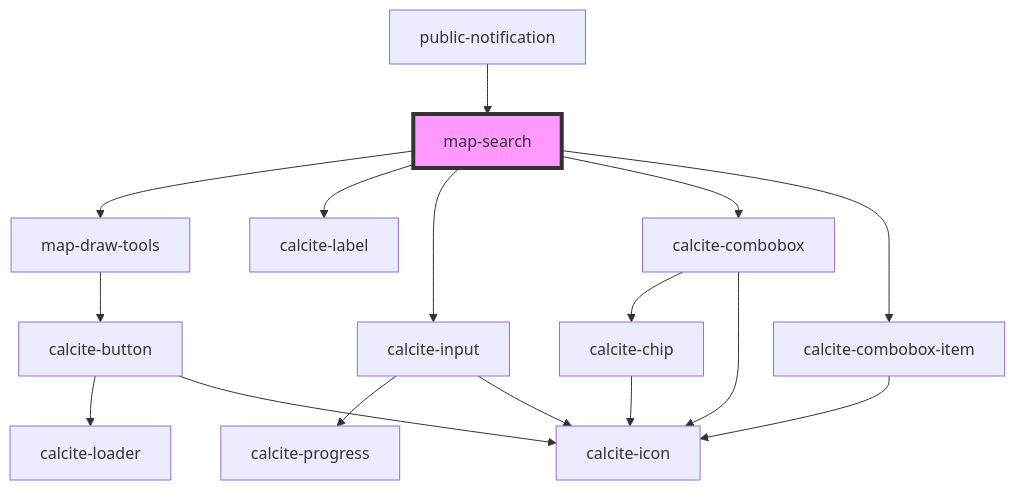
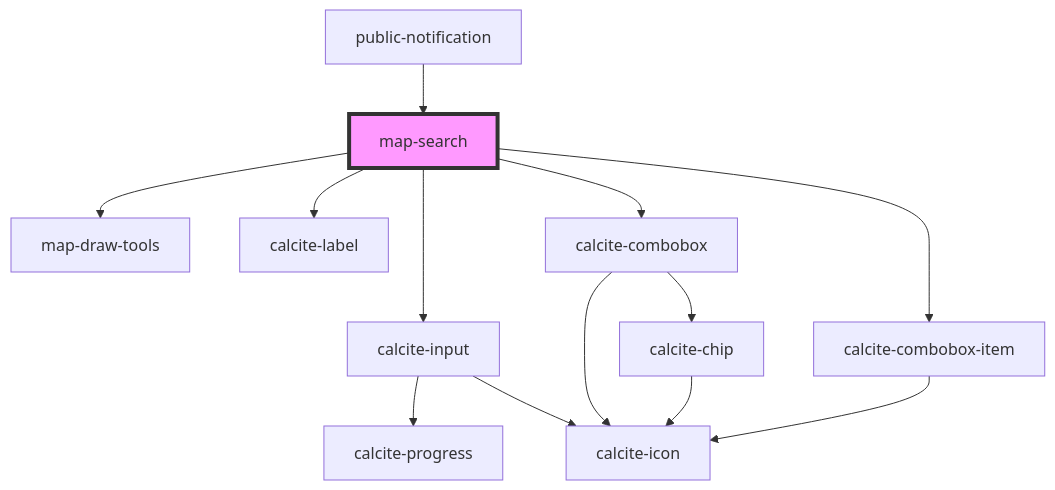
Before and after one commit to Esri/solutions-components: the diagram in src/components/map-search/readme.md, drawn with Mermaid. The commit also changed 14 other files, not shown here.

````diff
--- a/src/components/map-search/readme.md
+++ b/src/components/map-search/readme.md
@@ -33,19 +33,16 @@
 ```mermaid
 graph TD;
   map-search --> map-draw-tools
   map-search --> calcite-label
   map-search --> calcite-input
   map-search --> calcite-combobox
   map-search --> calcite-combobox-item
-  map-draw-tools --> calcite-button
-  calcite-button --> calcite-loader
-  calcite-button --> calcite-icon
   calcite-input --> calcite-progress
   calcite-input --> calcite-icon
   calcite-combobox --> calcite-chip
   calcite-combobox --> calcite-icon
   calcite-chip --> calcite-icon
   calcite-combobox-item --> calcite-icon
   public-notification --> map-search
   style map-search fill:#f9f,stroke:#333,stroke-width:4px
 ```
````
